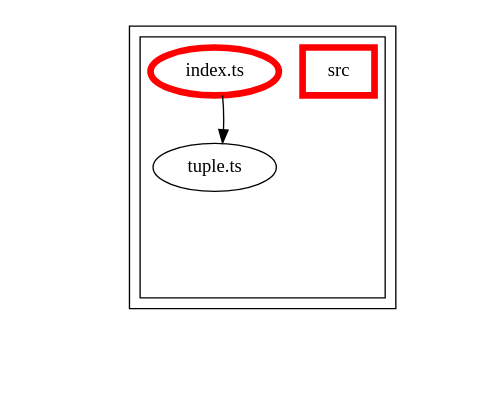
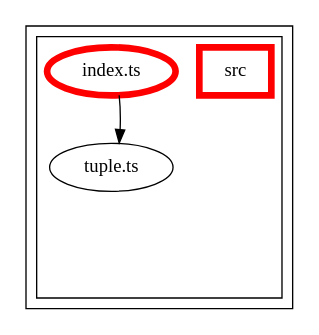
Before and after one commit to Siteimprove/alfa: the diagram in packages/alfa-tuple/docs/dependency-graph.dot, drawn with Graphviz. The commit also changed 161 other files, not shown here.

First line of the commit message:
Update packages dependency graphs (#1900)

```diff
--- a/packages/alfa-tuple/docs/dependency-graph.dot
+++ b/packages/alfa-tuple/docs/dependency-graph.dot
@@ -1,65 +1,51 @@
-digraph "dependency-graph-[object Object]" {
+digraph "dependency-graph-@siteimprove/alfa-tuple" {
   compound = true;
-  "dependency-graph-[object Object]" [
-    style = "invis";
-  ];
   "src/tuple.ts";
   subgraph "cluster_src" {
     color = "#000000";
     label = "";
-    "name_src" [
-      penwidth = 5;
-      shape = "rectangle";
-      color = "#ff0000";
-      label = "src";
-    ];
     "exit_src" [
       style = "invis";
     ];
     subgraph "cluster_src" {
       color = "#000000";
       label = "";
       "name_src" [
         penwidth = 5;
         shape = "rectangle";
         color = "#ff0000";
         label = "src";
       ];
       "exit_src" [
         style = "invis";
       ];
+      "src/tuple.ts" [
+        label = "tuple.ts";
+      ];
       "src/index.ts" [
         label = "index.ts";
         color = "#ff0000";
         penwidth = 5;
       ];
-      "src/tuple.ts" [
-        label = "tuple.ts";
+      "src/tuple.ts" -> "exit_src" [
+        style = "invis";
       ];
       "src/index.ts" -> "exit_src" [
-        style = "invis";
-      ];
-      "src/tuple.ts" -> "exit_src" [
         style = "invis";
       ];
     }
     "exit_src" -> "exit_src" [
       style = "invis";
     ];
     "exit_src" -> "exit_src" [
       style = "invis";
     ];
   }
-  "exit_src" -> "dependency-graph-[object Object]" [
-    style = "invis";
-  ];
   "src/index.ts" -> "src/tuple.ts" [
     style = "invis";
   ];
   "src/index.ts" -> "src/tuple.ts" [
     style = "solid";
-    ltail = "cluster_src/index.ts";
-    lhead = "cluster_src/tuple.ts";
     color = "black";
   ];
 }
```
